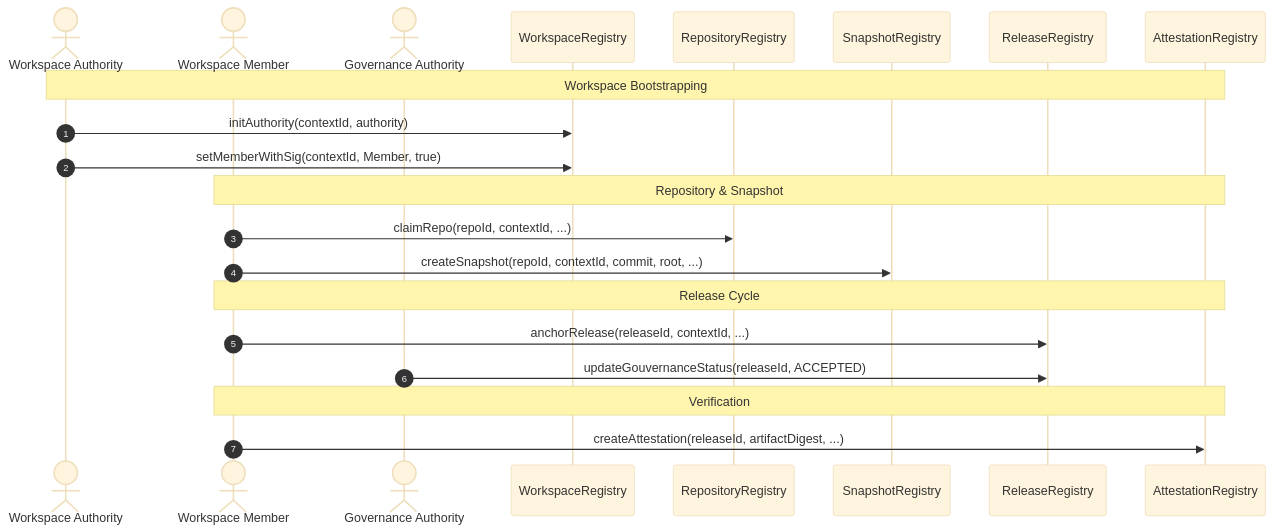
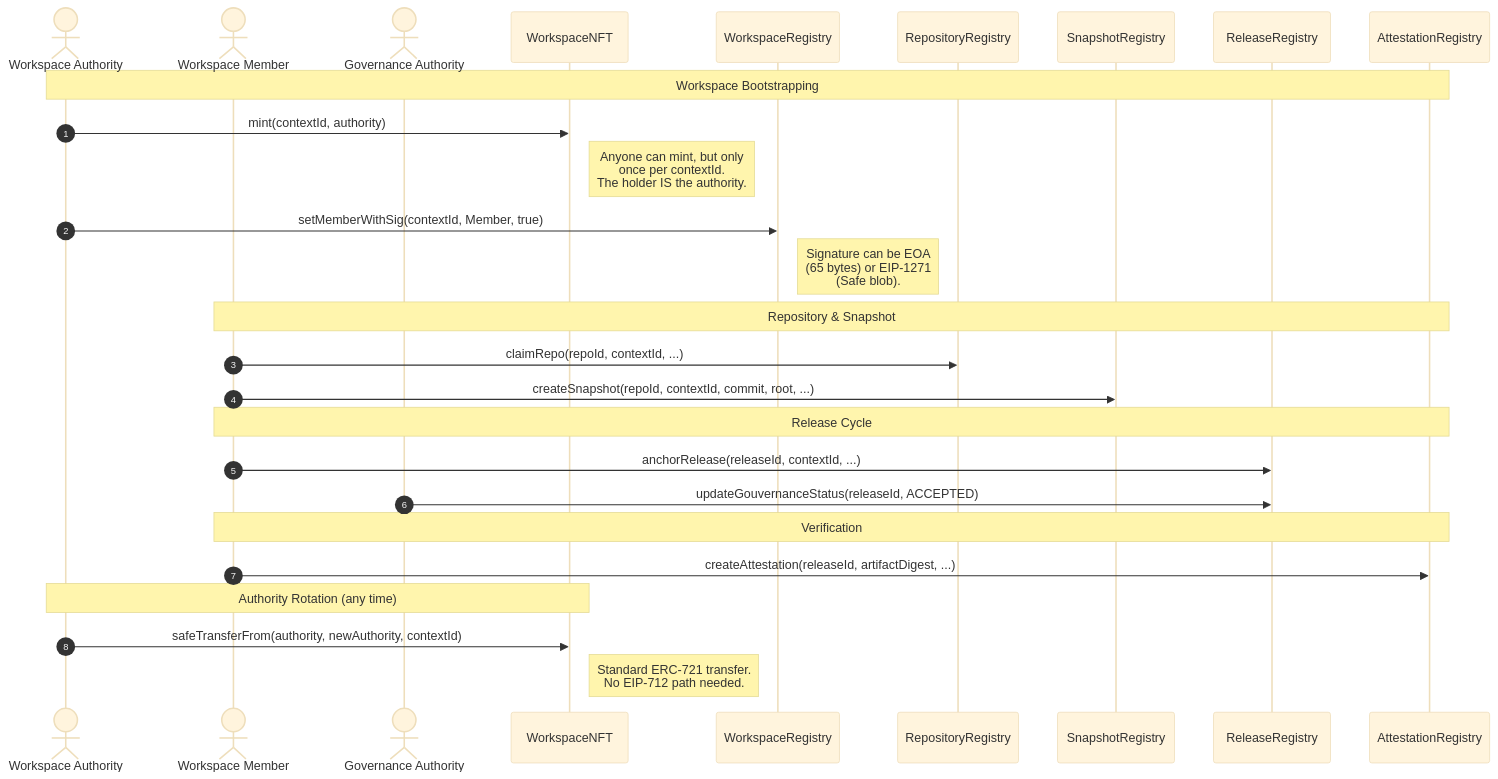
Before and after one commit to codequill-claim/contracts: the second of 2 diagrams in docs/ARCHITECTURE.md, drawn with Mermaid (base theme). The commit also changed other lines of this file and 2 other files, not shown here.

Commit message:
docs: v2 overview in readme, architecture, and permissions matrix

````diff
--- a/docs/ARCHITECTURE.md
+++ b/docs/ARCHITECTURE.md
@@ -68,27 +89,34 @@
 ```mermaid
 sequenceDiagram
     autonumber
     actor Authority as Workspace Authority
     actor Member as Workspace Member
     actor Gov as Governance Authority
+    participant NFT as WorkspaceNFT
     participant WR as WorkspaceRegistry
     participant RR as RepositoryRegistry
     participant SR as SnapshotRegistry
     participant RL as ReleaseRegistry
     participant AR as AttestationRegistry
 
     Note over Authority, AR: Workspace Bootstrapping
-    Authority->>WR: initAuthority(contextId, authority)
+    Authority->>NFT: mint(contextId, authority)
+    Note right of NFT: Anyone can mint, but only<br/>once per contextId.<br/>The holder IS the authority.
     Authority->>WR: setMemberWithSig(contextId, Member, true)
+    Note right of WR: Signature can be EOA<br/>(65 bytes) or EIP-1271<br/>(Safe blob).
 
     Note over Member, AR: Repository & Snapshot
     Member->>RR: claimRepo(repoId, contextId, ...)
     Member->>SR: createSnapshot(repoId, contextId, commit, root, ...)
 
     Note over Member, AR: Release Cycle
     Member->>RL: anchorRelease(releaseId, contextId, ...)
     Gov->>RL: updateGouvernanceStatus(releaseId, ACCEPTED)
 
     Note over Member, AR: Verification
     Member->>AR: createAttestation(releaseId, artifactDigest, ...)
+
+    Note over Authority, NFT: Authority Rotation (any time)
+    Authority->>NFT: safeTransferFrom(authority, newAuthority, contextId)
+    Note right of NFT: Standard ERC-721 transfer.<br/>No EIP-712 path needed.
 ```
````
